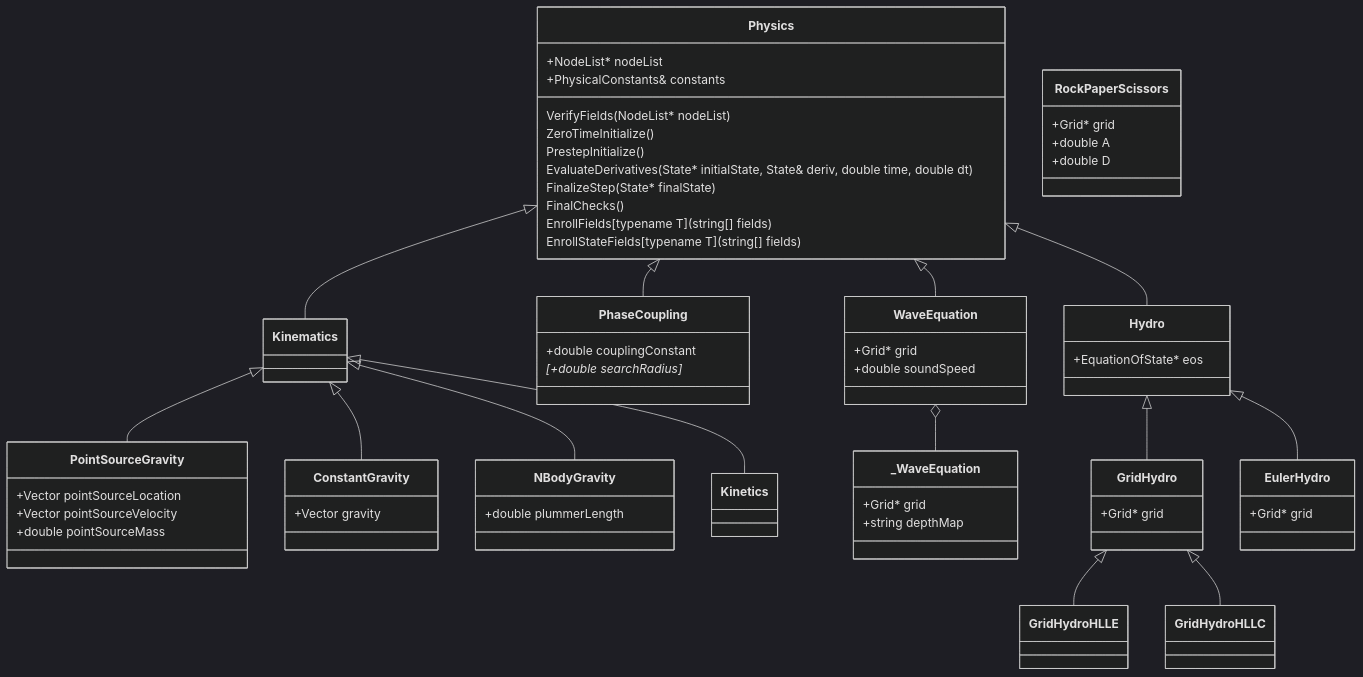
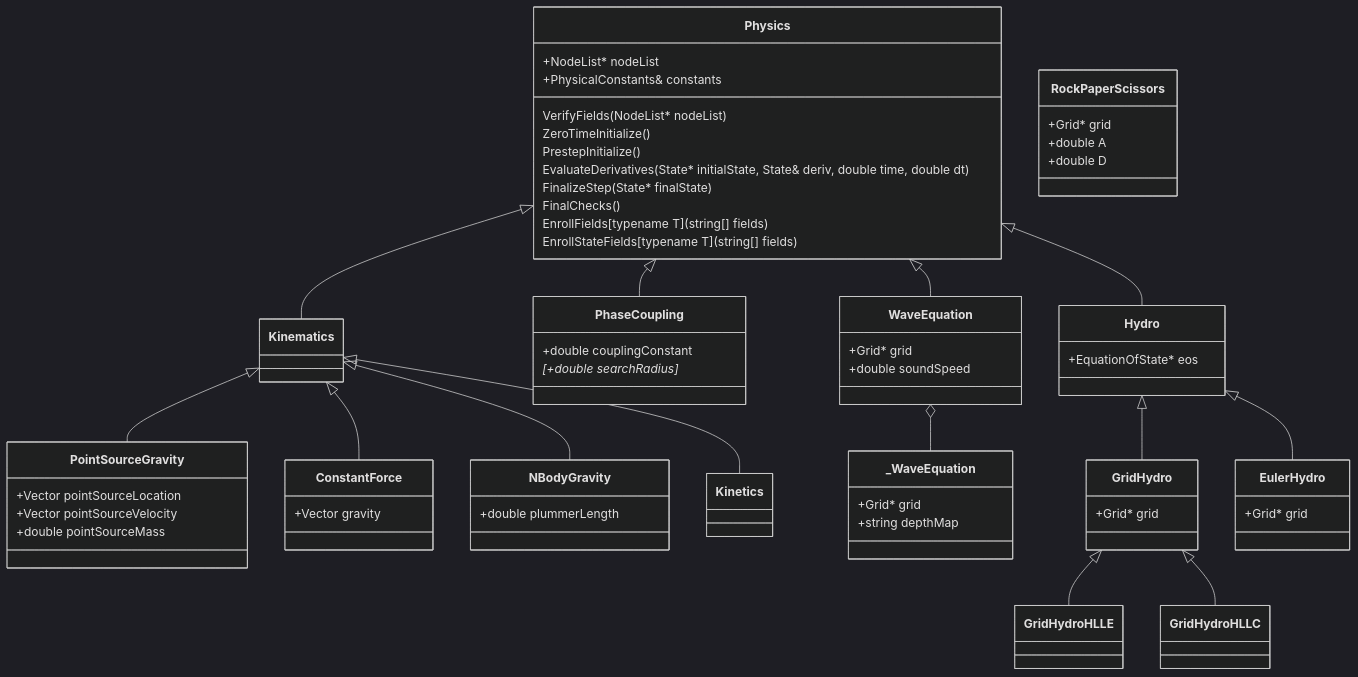
One commit to antimatterhorn/yggdrasil changed the diagram in src/Physics/Classes.md. Above: the diagram before and after it, drawn with Mermaid (dark theme). The commit also changed 22 other files, not shown here.

Commit message:
changing constantGravity to constantForce to reflect its more general use

````diff
--- a/src/Physics/Classes.md
+++ b/src/Physics/Classes.md
@@ -2,67 +2,67 @@
 ```mermaid
 classDiagram
     Kinematics <|-- PointSourceGravity
-    Kinematics <|-- ConstantGravity
+    Kinematics <|-- ConstantForce
     Kinematics <|-- NBodyGravity
     Physics <|-- PhaseCoupling
     Physics <|-- WaveEquation
     Physics <|-- Hydro
     Physics <|-- Kinematics
     Kinematics <|-- Kinetics
     Physics : +NodeList* nodeList
     Physics : +PhysicalConstants& constants
     Physics : VerifyFields(NodeList* nodeList)
     Physics : ZeroTimeInitialize()
     Physics : PrestepInitialize()
     Physics : EvaluateDerivatives(State* initialState, State<dim>& deriv, double time, double dt)
     Physics : FinalizeStep(State* finalState)
     Physics : FinalChecks()
     Physics : EnrollFields[typename T](string[] fields)
     Physics : EnrollStateFields[typename T](string[] fields)
     class PointSourceGravity{
         +Vector pointSourceLocation
         +Vector pointSourceVelocity
         +double pointSourceMass
     }
-    class ConstantGravity{
+    class ConstantForce{
         +Vector gravity
     }
     class NBodyGravity{
         +double plummerLength
     }
     class Hydro{
         +EquationOfState* eos
     }
     class WaveEquation{
         +Grid* grid
         +double soundSpeed
     }
     WaveEquation o -- _WaveEquation
     class _WaveEquation{
         +Grid* grid
         +string depthMap
     }
     class RockPaperScissors{
         +Grid* grid
         +double A
         +double D
     }
     Hydro <| -- GridHydro
     class GridHydro{
         +Grid* grid
     }
     GridHydro <| -- GridHydroHLLE
     class GridHydroHLLE{
     }
     GridHydro <| -- GridHydroHLLC
     class GridHydroHLLC{
     }
     Hydro <| -- EulerHydro
     class EulerHydro{
         +Grid* grid
     }
     class PhaseCoupling{
         +double couplingConstant
         [+double searchRadius]*
     }
 ```
````
